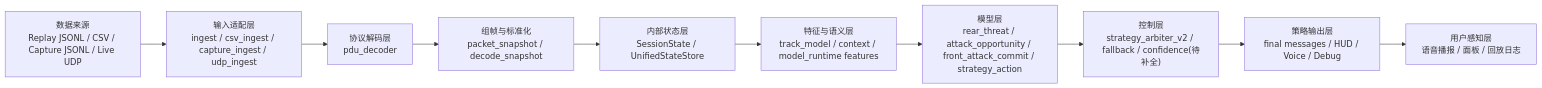
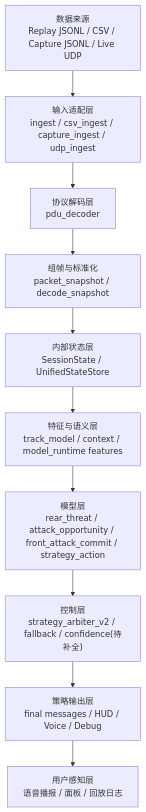
The first of 6 diagrams in asurada-core/CORE_WORKFLOW_CN.md (Sn55555/Asurada), drawn with Mermaid before and after one commit. The commit also changed other lines of this file, not shown here.

Commit message:
Make core workflow diagrams vertical

````diff
--- a/asurada-core/CORE_WORKFLOW_CN.md
+++ b/asurada-core/CORE_WORKFLOW_CN.md
@@ -9,12 +9,12 @@
 ```mermaid
-flowchart LR
+flowchart TB
     A["数据来源<br/>Replay JSONL / CSV / Capture JSONL / Live UDP"] --> B["输入适配层<br/>ingest / csv_ingest / capture_ingest / udp_ingest"]
     B --> C["协议解码层<br/>pdu_decoder"]
     C --> D["组帧与标准化<br/>packet_snapshot / decode_snapshot"]
     D --> E["内部状态层<br/>SessionState / UnifiedStateStore"]
     E --> F["特征与语义层<br/>track_model / context / model_runtime features"]
     F --> G["模型层<br/>rear_threat / attack_opportunity / front_attack_commit / strategy_action"]
     G --> H["控制层<br/>strategy_arbiter_v2 / fallback / confidence(待补全)"]
     H --> I["策略输出层<br/>final messages / HUD / Voice / Debug"]
     I --> J["用户感知层<br/>语音播报 / 面板 / 回放日志"]
 ```
````
